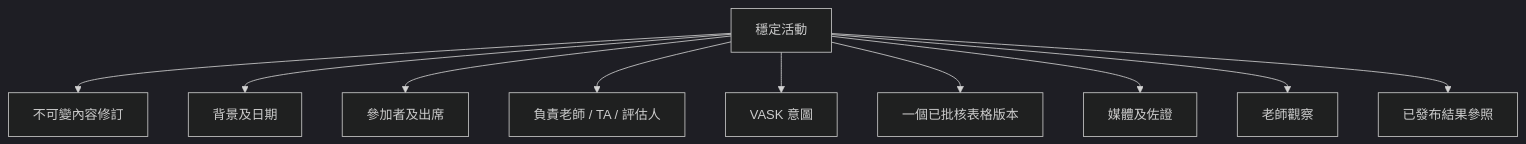
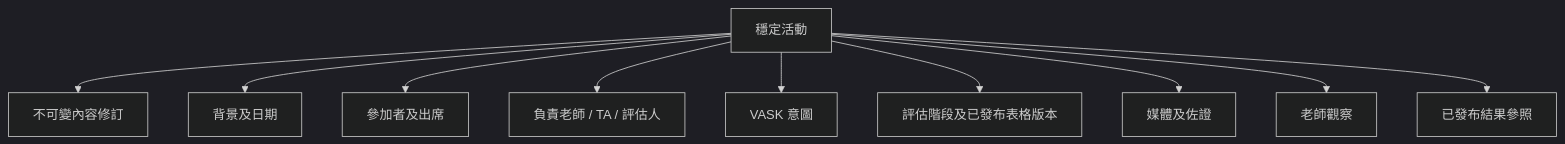
One commit to heison-octopus/testing-port changed the diagram in output/Chinese/SRS/SRS-04 活動參加者及VASK.md. Above: the diagram before and after it, drawn with Mermaid (dark theme). The commit also changed other lines of this file and 200 other files, not shown here.

````diff
--- a/output/Chinese/SRS/SRS-04 活動參加者及VASK.md
+++ b/output/Chinese/SRS/SRS-04 活動參加者及VASK.md
@@ -39,12 +45,12 @@
 ```mermaid
 flowchart TB
     A[穩定活動] --> REV[不可變內容修訂]
     A --> C[背景及日期]
     A --> P[參加者及出席]
     A --> S[負責老師 / TA / 評估人]
     A --> V[VASK 意圖]
-    A --> F[一個已批核表格版本]
+    A --> F[評估階段及已發布表格版本]
     A --> M[媒體及佐證]
     A --> O[老師觀察]
     A --> R[已發布結果參照]
 ```
````
